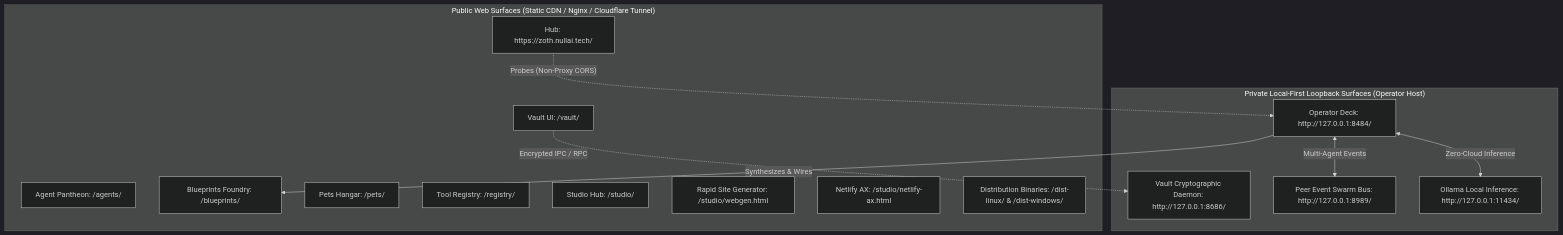
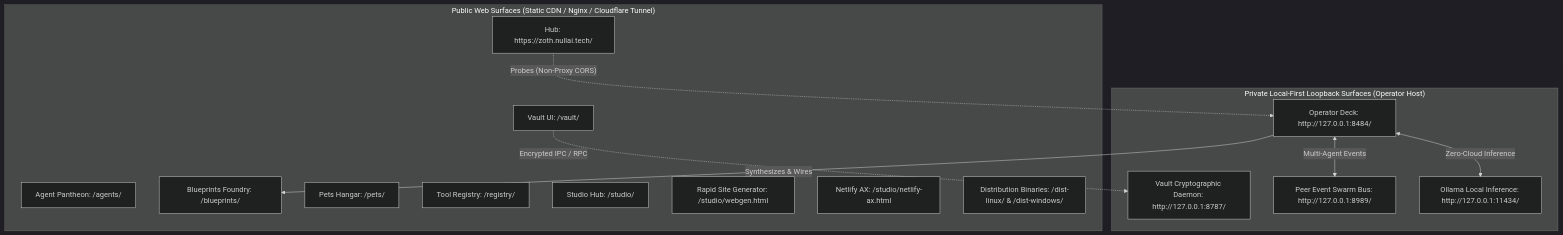
Before and after one commit to 1nc0gn30/zoth-studiov3: the diagram in public/blueprints/aeo-entity-definitions.md, drawn with Mermaid (dark theme). The commit also changed other lines of this file and 19 other files, not shown here.

````diff
--- a/public/blueprints/aeo-entity-definitions.md
+++ b/public/blueprints/aeo-entity-definitions.md
@@ -25,28 +25,28 @@
 ```mermaid
 graph TD
     subgraph Public Surfaces ["Public Web Surfaces (Static CDN / Nginx / Cloudflare Tunnel)"]
         Hub["Hub: https://zoth.nullai.tech/"]
         Pantheon["Agent Pantheon: /agents/"]
         Blueprints["Blueprints Foundry: /blueprints/"]
         PetsHangar["Pets Hangar: /pets/"]
         ToolWall["Tool Registry: /registry/"]
         VaultUI["Vault UI: /vault/"]
         StudioCards["Studio Hub: /studio/"]
         SiteGen["Rapid Site Generator: /studio/webgen.html"]
         NetlifyAX["Netlify AX: /studio/netlify-ax.html"]
         Downloads["Distribution Binaries: /dist-linux/ & /dist-windows/"]
     end
 
     subgraph Local Surfaces ["Private Local-First Loopback Surfaces (Operator Host)"]
         Deck["Operator Deck: http://127.0.0.1:8484/"]
-        VaultDaemon["Vault Cryptographic Daemon: http://127.0.0.1:8686/"]
+        VaultDaemon["Vault Cryptographic Daemon: http://127.0.0.1:8787/"]
         SwarmBus["Peer Event Swarm Bus: http://127.0.0.1:8989/"]
         OllamaLocal["Ollama Local Inference: http://127.0.0.1:11434/"]
     end
 
     Hub -.->|"Probes (Non-Proxy CORS)"| Deck
     VaultUI -.->|"Encrypted IPC / RPC"| VaultDaemon
     Deck -->|"Synthesizes & Wires"| Blueprints
     Deck <-->|"Multi-Agent Events"| SwarmBus
     Deck <-->|"Zero-Cloud Inference"| OllamaLocal
 ```
````
